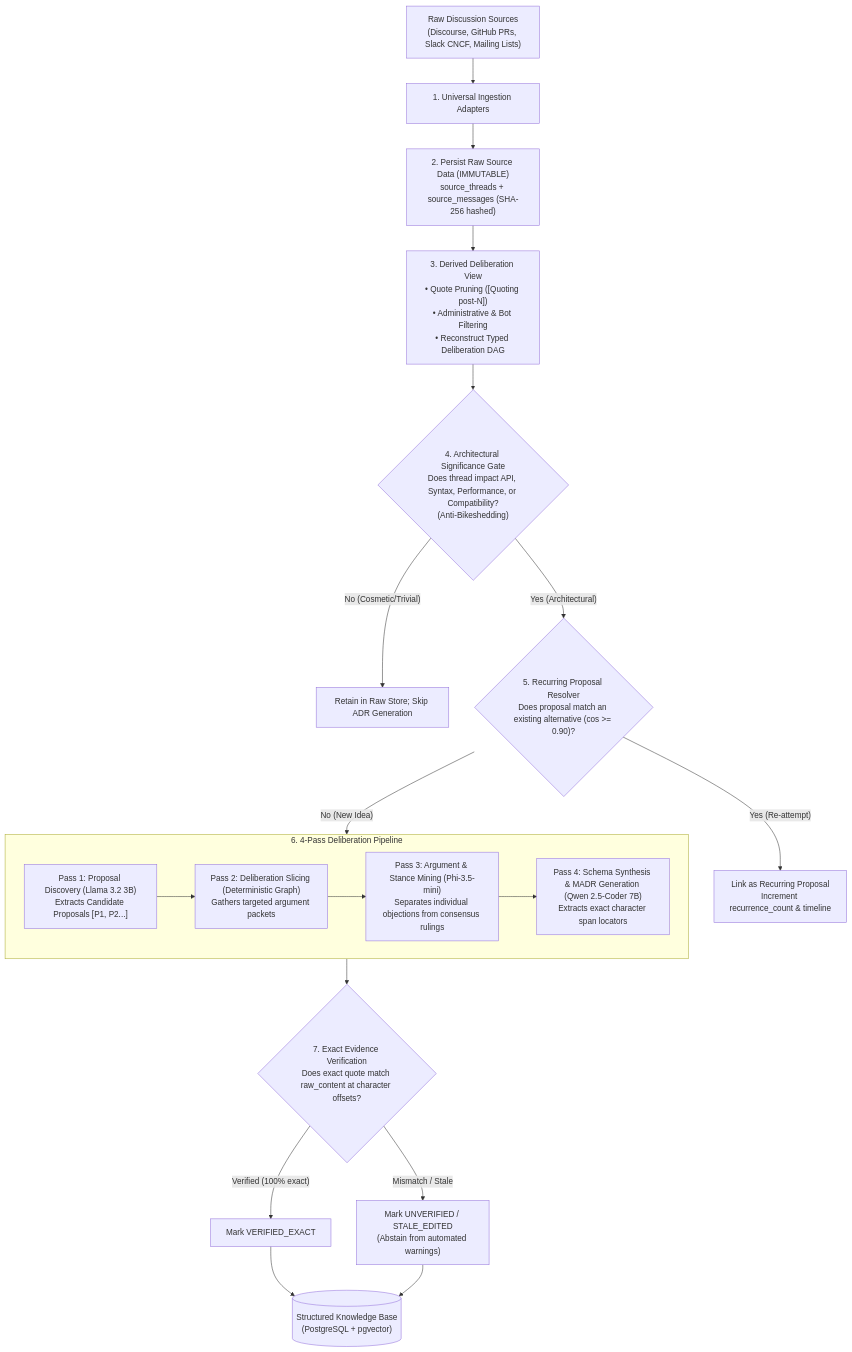
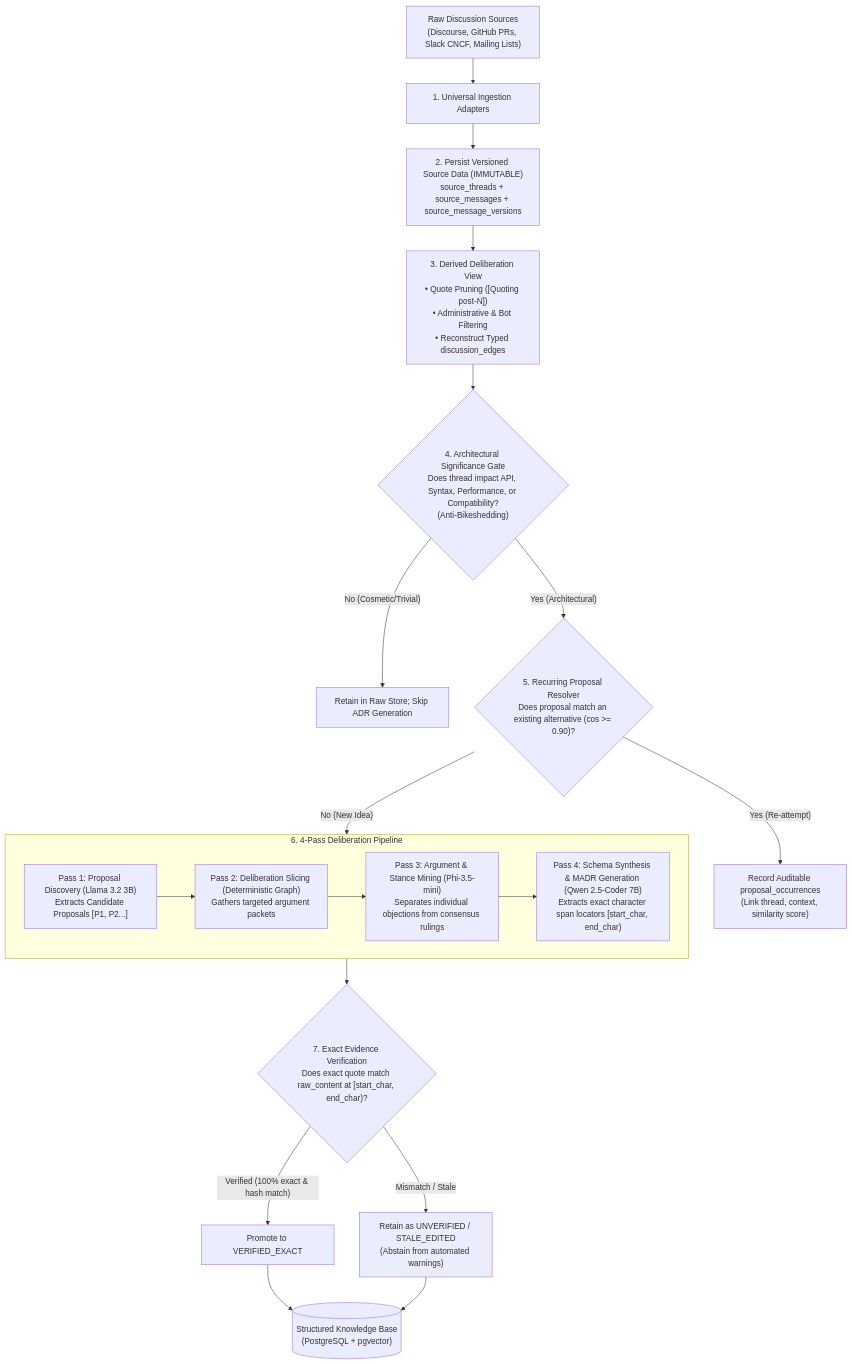
One commit to MRiARC/biscuit changed the first of 2 diagrams in docs/INGESTION_AND_EXTRACTION.md. Above: the diagram before and after it, drawn with Mermaid. The commit also changed other lines of this file and 3 other files, not shown here.

Commit message:
docs: address review feedback on provenance, proposal occurrences, edges, and lineage

````diff
--- a/docs/INGESTION_AND_EXTRACTION.md
+++ b/docs/INGESTION_AND_EXTRACTION.md
@@ -14,30 +14,30 @@
 ```mermaid
 flowchart TD
     Raw["Raw Discussion Sources<br/>(Discourse, GitHub PRs, Slack CNCF, Mailing Lists)"] --> Ingest["1. Universal Ingestion Adapters"]
     
-    Ingest --> StoreRaw["2. Persist Raw Source Data (IMMUTABLE)<br/>source_threads + source_messages (SHA-256 hashed)"]
+    Ingest --> StoreRaw["2. Persist Versioned Source Data (IMMUTABLE)<br/>source_threads + source_messages + source_message_versions"]
     
-    StoreRaw --> Clean["3. Derived Deliberation View<br/>• Quote Pruning ([Quoting post-N])<br/>• Administrative & Bot Filtering<br/>• Reconstruct Typed Deliberation DAG"]
+    StoreRaw --> Clean["3. Derived Deliberation View<br/>• Quote Pruning ([Quoting post-N])<br/>• Administrative & Bot Filtering<br/>• Reconstruct Typed discussion_edges"]
     
     Clean --> Gate{"4. Architectural Significance Gate<br/>Does thread impact API, Syntax, Performance, or Compatibility?<br/>(Anti-Bikeshedding)"}
     
     Gate -- "No (Cosmetic/Trivial)" --> Archive["Retain in Raw Store; Skip ADR Generation"]
     Gate -- "Yes (Architectural)" --> Dedupe{"5. Recurring Proposal Resolver<br/>Does proposal match an existing alternative (cos >= 0.90)?"}
     
-    Dedupe -- "Yes (Re-attempt)" --> Merge["Link as Recurring Proposal<br/>Increment recurrence_count & timeline"]
+    Dedupe -- "Yes (Re-attempt)" --> Occurrence["Record Auditable proposal_occurrences<br/>(Link thread, context, similarity score)"]
     Dedupe -- "No (New Idea)" --> Pipeline["6. 4-Pass Deliberation Extraction Pipeline"]
     
     subgraph Pipeline["6. 4-Pass Deliberation Pipeline"]
         P1["Pass 1: Proposal Discovery (Llama 3.2 3B)<br/>Extracts Candidate Proposals [P1, P2...]"]
         P1 --> P2["Pass 2: Deliberation Slicing (Deterministic Graph)<br/>Gathers targeted argument packets"]
         P2 --> P3["Pass 3: Argument & Stance Mining (Phi-3.5-mini)<br/>Separates individual objections from consensus rulings"]
-        P3 --> P4["Pass 4: Schema Synthesis & MADR Generation (Qwen 2.5-Coder 7B)<br/>Extracts exact character span locators"]
+        P3 --> P4["Pass 4: Schema Synthesis & MADR Generation (Qwen 2.5-Coder 7B)<br/>Extracts exact character span locators [start_char, end_char)"]
     end
     
-    Pipeline --> Audit{"7. Exact Evidence Verification<br/>Does exact quote match raw_content at character offsets?"}
-    Audit -- "Verified (100% exact)" --> StoreReady["Mark VERIFIED_EXACT"]
-    Audit -- "Mismatch / Stale" --> AuditFail["Mark UNVERIFIED / STALE_EDITED<br/>(Abstain from automated warnings)"]
+    Pipeline --> Audit{"7. Exact Evidence Verification<br/>Does exact quote match raw_content at [start_char, end_char)?"}
+    Audit -- "Verified (100% exact & hash match)" --> StoreReady["Promote to VERIFIED_EXACT"]
+    Audit -- "Mismatch / Stale" --> AuditFail["Retain as UNVERIFIED / STALE_EDITED<br/>(Abstain from automated warnings)"]
     
     StoreReady --> Commit[("Structured Knowledge Base<br/>(PostgreSQL + pgvector)")]
     AuditFail --> Commit
 ```
````
